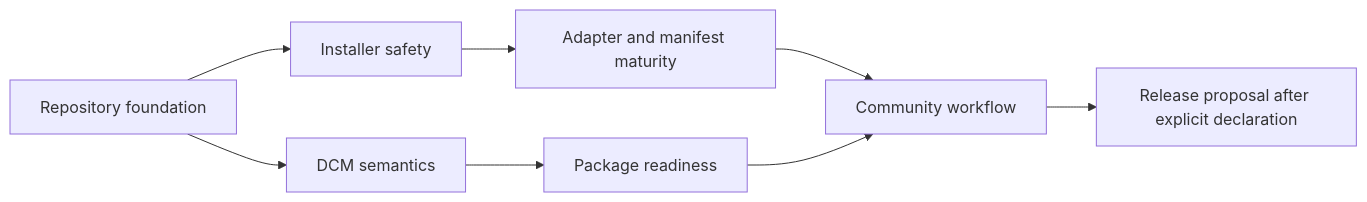
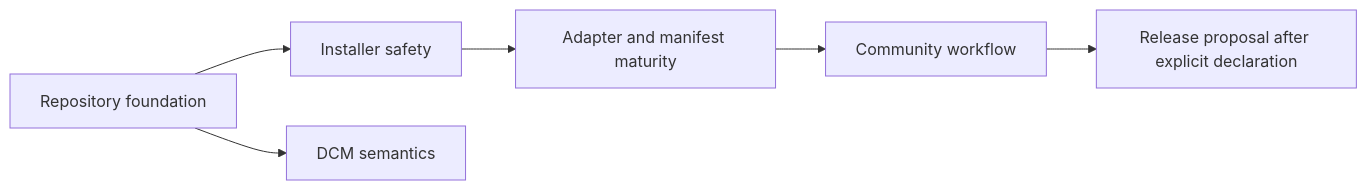
Before and after one commit to HELIX-Origin-Dev/agents-ecosystem: the diagram in ROADMAP.md, drawn with Mermaid. The commit also changed other lines of this file and 13 other files, not shown here.

````diff
--- a/ROADMAP.md
+++ b/ROADMAP.md
@@ -31,10 +30,8 @@
 ```mermaid
 flowchart LR
   F[Repository foundation] --> I[Installer safety]
   F --> D[DCM semantics]
   I --> A[Adapter and manifest maturity]
-  D --> K[Package readiness]
   A --> C[Community workflow]
-  K --> C
   C --> R[Release proposal after explicit declaration]
 ```
````
